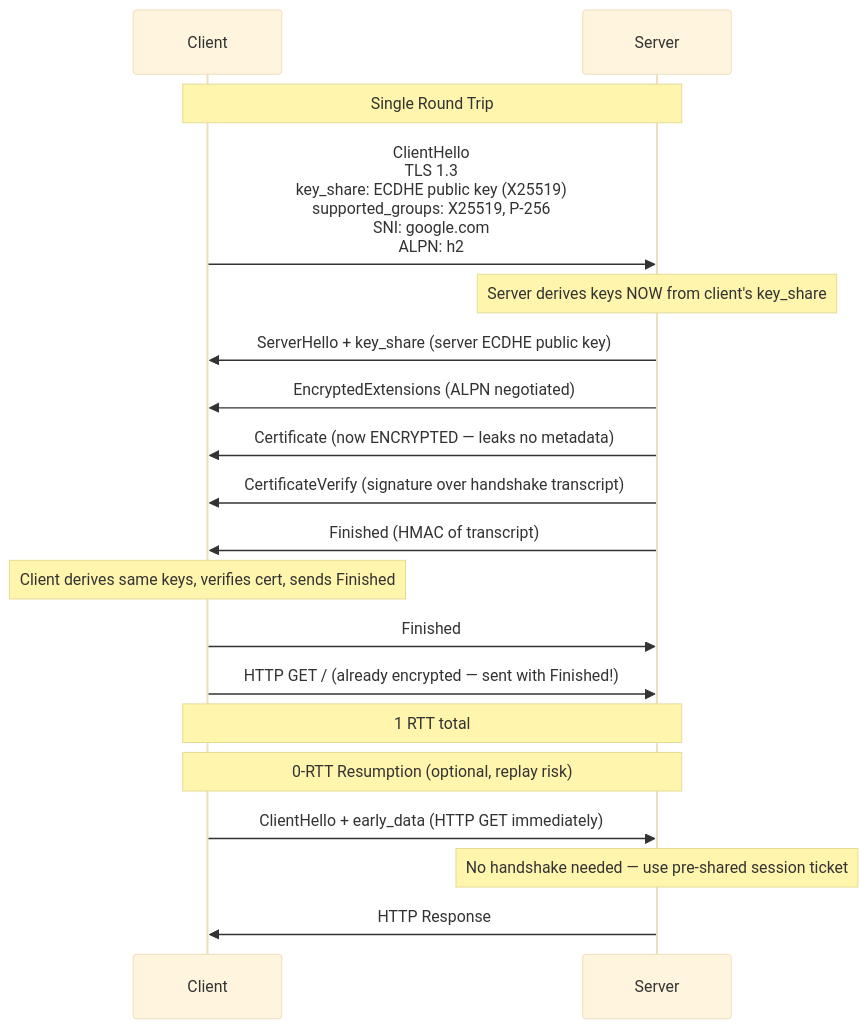
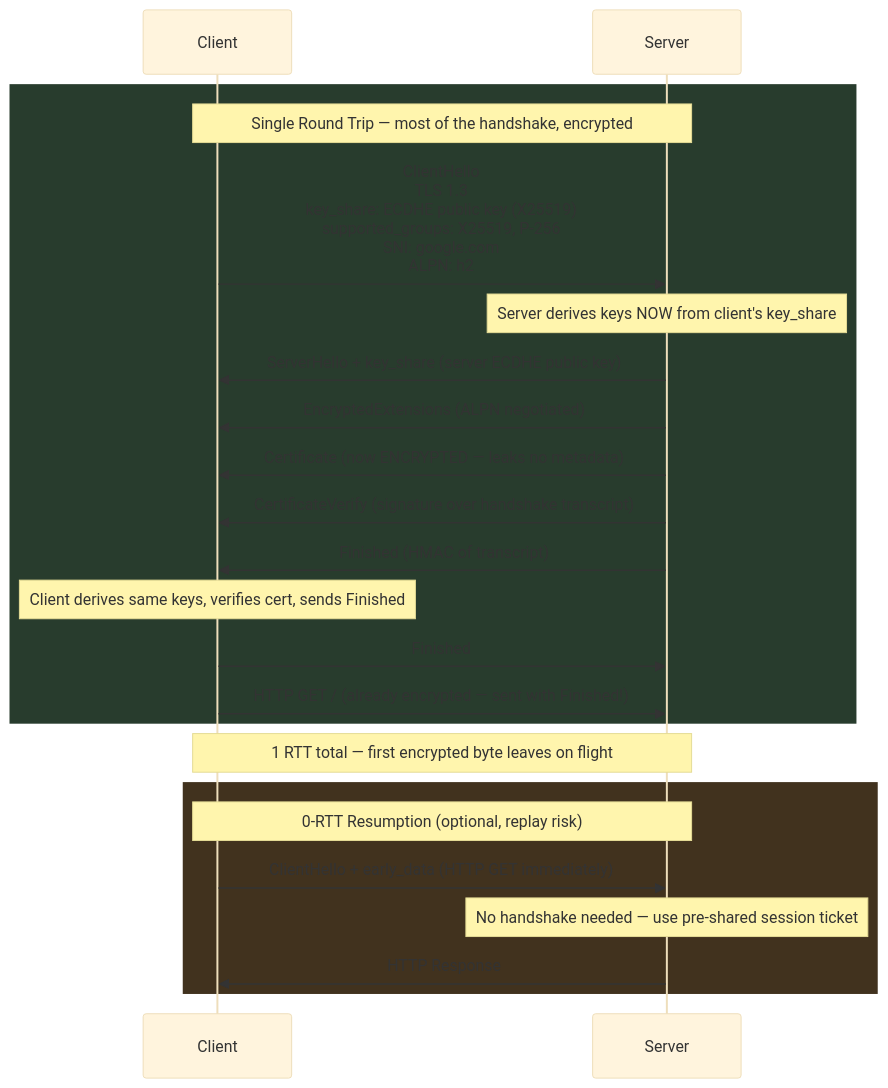
The seventh of 13 diagrams in networking/tls-encryption.md (deepanshu-rawat6/DevOpsIndex), drawn with Mermaid (base theme) before and after one commit. The commit also changed other lines of this file and 8 other files, not shown here.

````diff
--- a/networking/tls-encryption.md
+++ b/networking/tls-encryption.md
@@ -180,26 +288,30 @@
 ```mermaid
 sequenceDiagram
     participant C as Client
     participant S as Server
 
-    Note over C,S: Single Round Trip
-    C->>S: ClientHello<br>TLS 1.3<br>key_share: ECDHE public key (X25519)<br>supported_groups: X25519, P-256<br>SNI: google.com<br>ALPN: h2
+    rect rgb(40, 60, 45)
+    Note over C,S: Single Round Trip — most of the handshake, encrypted
+    C->>S: ClientHello<br/>TLS 1.3<br/>key_share: ECDHE public key (X25519)<br/>supported_groups: X25519, P-256<br/>SNI: google.com<br/>ALPN: h2
 
     Note over S: Server derives keys NOW from client's key_share
     S->>C: ServerHello + key_share (server ECDHE public key)
     S->>C: EncryptedExtensions (ALPN negotiated)
     S->>C: Certificate (now ENCRYPTED — leaks no metadata)
     S->>C: CertificateVerify (signature over handshake transcript)
     S->>C: Finished (HMAC of transcript)
 
     Note over C: Client derives same keys, verifies cert, sends Finished
     C->>S: Finished
     C->>S: HTTP GET / (already encrypted — sent with Finished!)
+    end
 
-    Note over C,S: 1 RTT total
+    Note over C,S: 1 RTT total — first encrypted byte leaves on flight #2
 
+    rect rgb(65, 50, 30)
     Note over C,S: 0-RTT Resumption (optional, replay risk)
     C->>S: ClientHello + early_data (HTTP GET immediately)
     Note over S: No handshake needed — use pre-shared session ticket
     S->>C: HTTP Response
+    end
 ```
````
